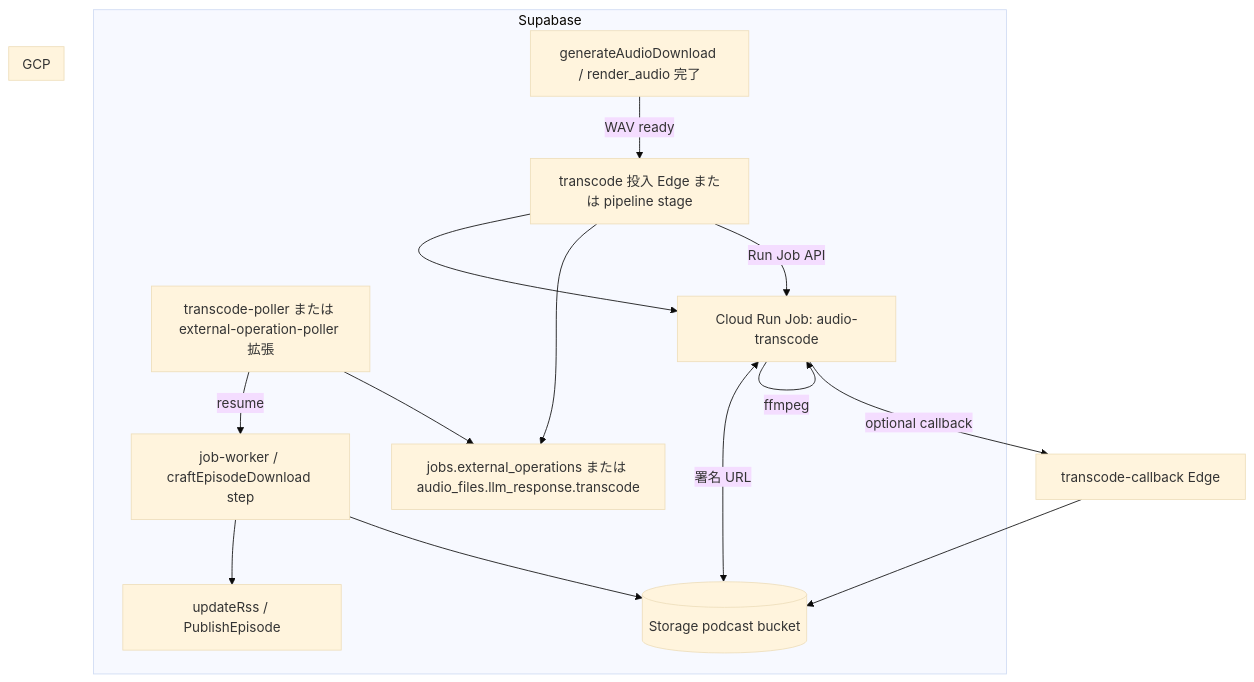
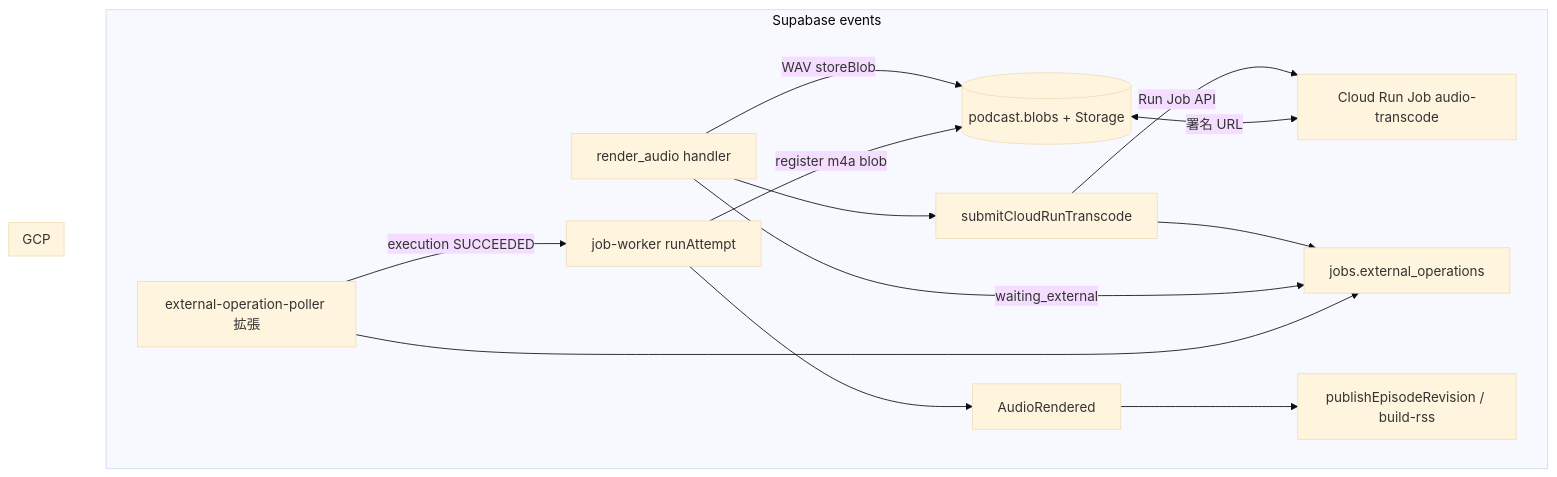
One commit to hskksk/podcaster changed the diagram in docs/architecture/audio-transcode-cloud-run.md. Above: the diagram before and after it, drawn with Mermaid (base theme). The commit also changed other lines of this file, not shown here.

First line of the commit message:
docs(architecture): events-only Cloud Run transcode plan

````diff
--- a/docs/architecture/audio-transcode-cloud-run.md
+++ b/docs/architecture/audio-transcode-cloud-run.md
@@ -29,28 +37,28 @@
 ```mermaid
 flowchart TB
-  subgraph supabase [Supabase]
-    DL[generateAudioDownload / render_audio 完了]
-    SUB[transcode 投入 Edge または pipeline stage]
-    EXT[jobs.external_operations または audio_files.llm_response.transcode]
-    POLL[transcode-poller または external-operation-poller 拡張]
-    ST[(Storage podcast bucket)]
-    RSS[updateRss / PublishEpisode]
-    DL -->|WAV ready| SUB
+  subgraph supabase [Supabase events]
+    RA[render_audio handler]
+    SUB[submitCloudRunTranscode]
+    EXT[jobs.external_operations]
+    POLL[external-operation-poller 拡張]
+    JW[job-worker runAttempt]
+    BLOB[(podcast.blobs + Storage)]
+    AR[AudioRendered]
+    PUB[publishEpisodeRevision / build-rss]
+    RA -->|WAV storeBlob| BLOB
+    RA --> SUB
     SUB -->|Run Job API| CRJ
     SUB --> EXT
+    RA -->|waiting_external| EXT
     POLL --> EXT
-    POLL -->|resume| WORK[job-worker / craftEpisodeDownload step]
-    ST <-->|署名 URL| CRJ
-    WORK --> ST
-    WORK --> RSS
+    POLL -->|execution SUCCEEDED| JW
+    JW -->|register m4a blob| BLOB
+    JW --> AR
+    AR --> PUB
+    BLOB <-->|署名 URL| CRJ
   end
 
   subgraph gcp [GCP]
-    CRJ[Cloud Run Job: audio-transcode]
-    CRJ -->|ffmpeg| CRJ
+    CRJ[Cloud Run Job audio-transcode]
   end
-
-  SUB --> CRJ
-  CRJ -->|optional callback| CB[transcode-callback Edge]
-  CB --> ST
 ```
````
